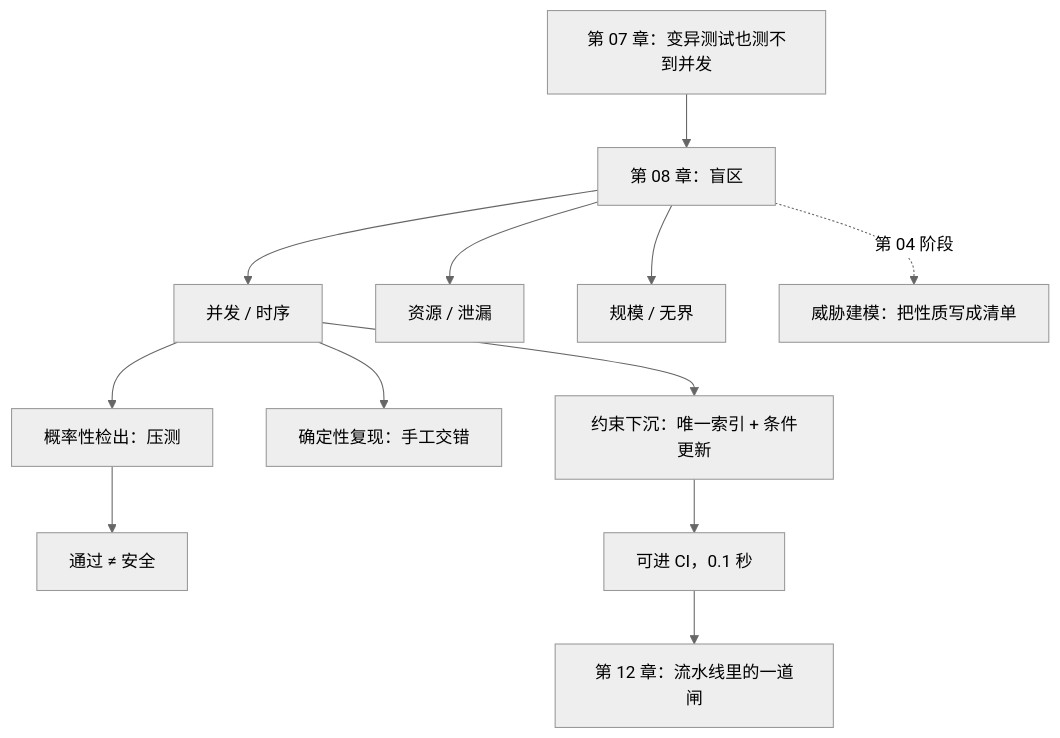
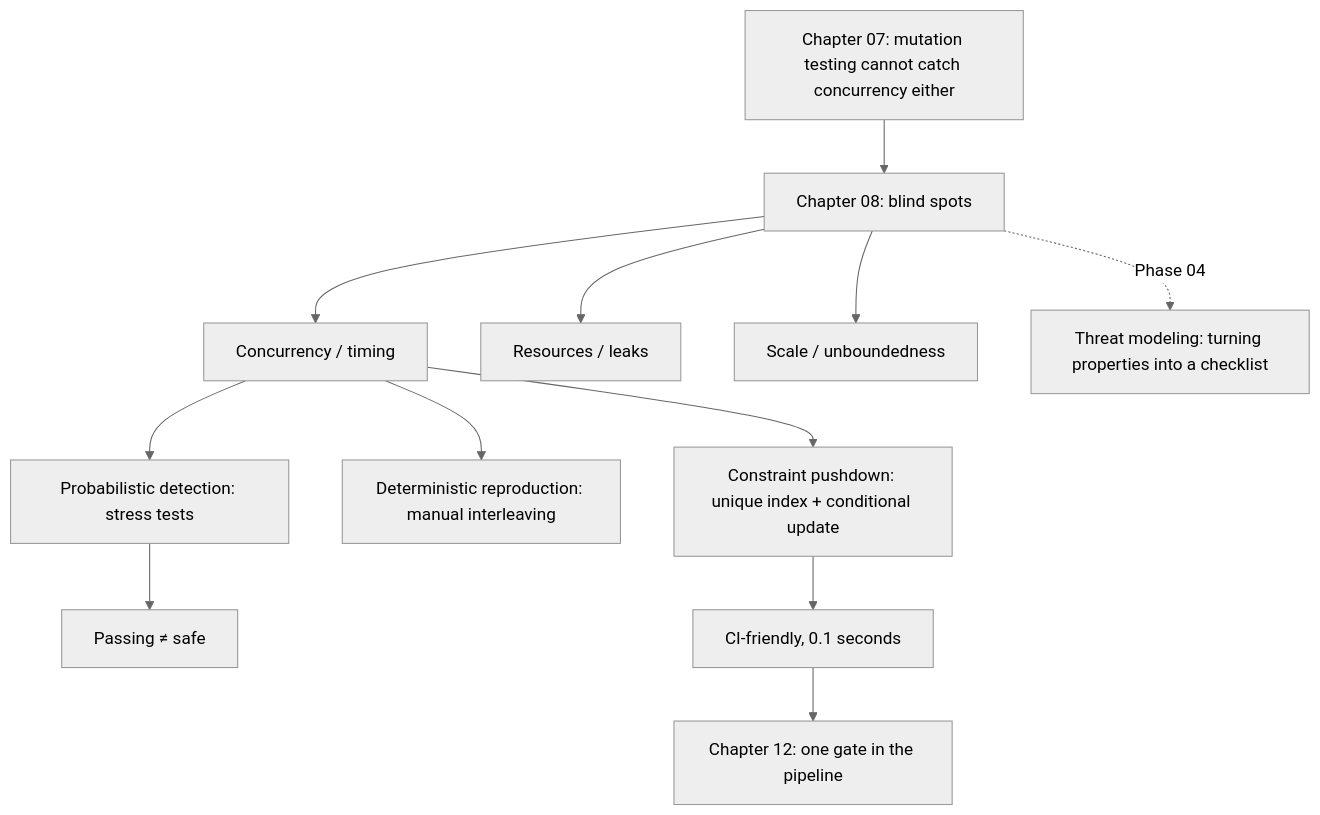
One commit to xzlxiao/vibe-coding-textbook changed the second of 2 diagrams in phase3/chapters/ch08-blind-spots.md. Above: the diagram before and after it, drawn with Mermaid (neutral theme). The commit also changed other lines of this file and 12 other files, not shown here.

````diff
--- a/phase3/chapters/ch08-blind-spots.md
+++ b/phase3/chapters/ch08-blind-spots.md
@@ -234,14 +234,14 @@
 ```mermaid
 flowchart TD
-    A["第 07 章：变异测试也测不到并发"] --> B["第 08 章：盲区"]
-    B --> C["并发 / 时序"]
-    B --> D["资源 / 泄漏"]
-    B --> E["规模 / 无界"]
-    C --> F["概率性检出：压测"]
-    C --> G["确定性复现：手工交错"]
-    C --> H["约束下沉：唯一索引 + 条件更新"]
-    F --> F1["通过 ≠ 安全"]
-    H --> H1["可进 CI，0.1 秒"]
-    H1 --> I["第 12 章：流水线里的一道闸"]
-    B -.->|"第 04 阶段"| J["威胁建模：把性质写成清单"]
+    A["Chapter 07: mutation testing cannot catch concurrency either"] --> B["Chapter 08: blind spots"]
+    B --> C["Concurrency / timing"]
+    B --> D["Resources / leaks"]
+    B --> E["Scale / unboundedness"]
+    C --> F["Probabilistic detection: stress tests"]
+    C --> G["Deterministic reproduction: manual interleaving"]
+    C --> H["Constraint pushdown: unique index + conditional update"]
+    F --> F1["Passing ≠ safe"]
+    H --> H1["CI-friendly, 0.1 seconds"]
+    H1 --> I["Chapter 12: one gate in the pipeline"]
+    B -.->|"Phase 04"| J["Threat modeling: turning properties into a checklist"]
 ```
````
